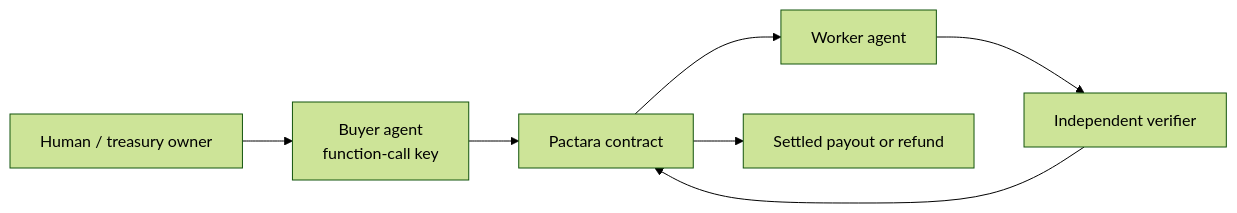
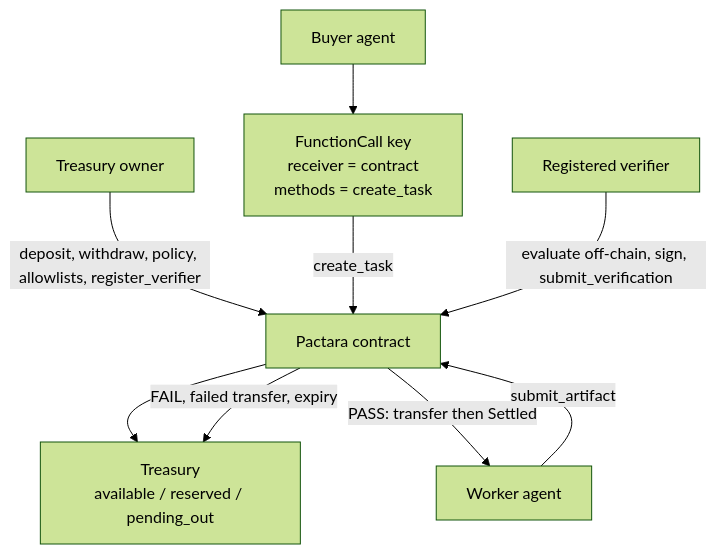
One commit to Ebubechukwucyber/pactara changed the first of 2 diagrams in README.md. Above: the diagram before and after it, drawn with Mermaid (forest theme). The commit also changed other lines of this file and 2 other files, not shown here.

````diff
--- a/README.md
+++ b/README.md
@@ -15,9 +84,18 @@
 ```mermaid
-flowchart LR
-  Human[Human / treasury owner] --> Buyer[Buyer agent\nfunction-call key]
-  Buyer --> Contract[Pactara contract]
-  Contract --> Worker[Worker agent]
-  Worker --> Verifier[Independent verifier]
-  Verifier --> Contract
-  Contract --> Pay[Settled payout or refund]
+flowchart TB
+  Owner[Treasury owner]
+  Buyer[Buyer agent]
+  Key["FunctionCall key\nreceiver = contract\nmethods = create_task"]
+  Contract[Pactara contract]
+  Escrow["Treasury\navailable / reserved / pending_out"]
+  Worker[Worker agent]
+  Verifier[Registered verifier]
+  Owner -->|deposit, withdraw, policy, allowlists, register_verifier| Contract
+  Buyer --> Key
+  Key -->|create_task| Contract
+  Contract --> Escrow
+  Worker -->|submit_artifact| Contract
+  Verifier -->|evaluate off-chain, sign, submit_verification| Contract
+  Contract -->|PASS: transfer then Settled| Worker
+  Contract -->|FAIL, failed transfer, expiry| Escrow
 ```
````
